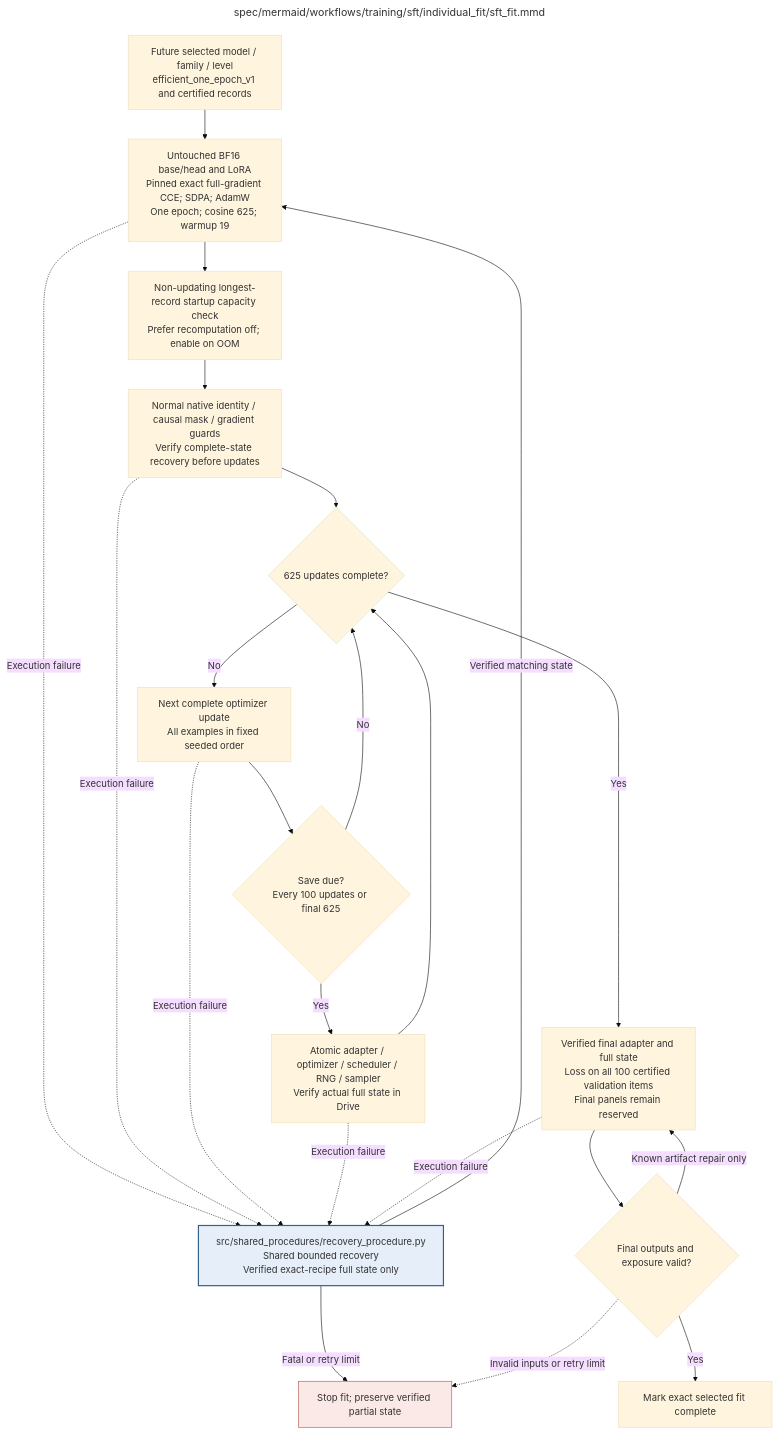
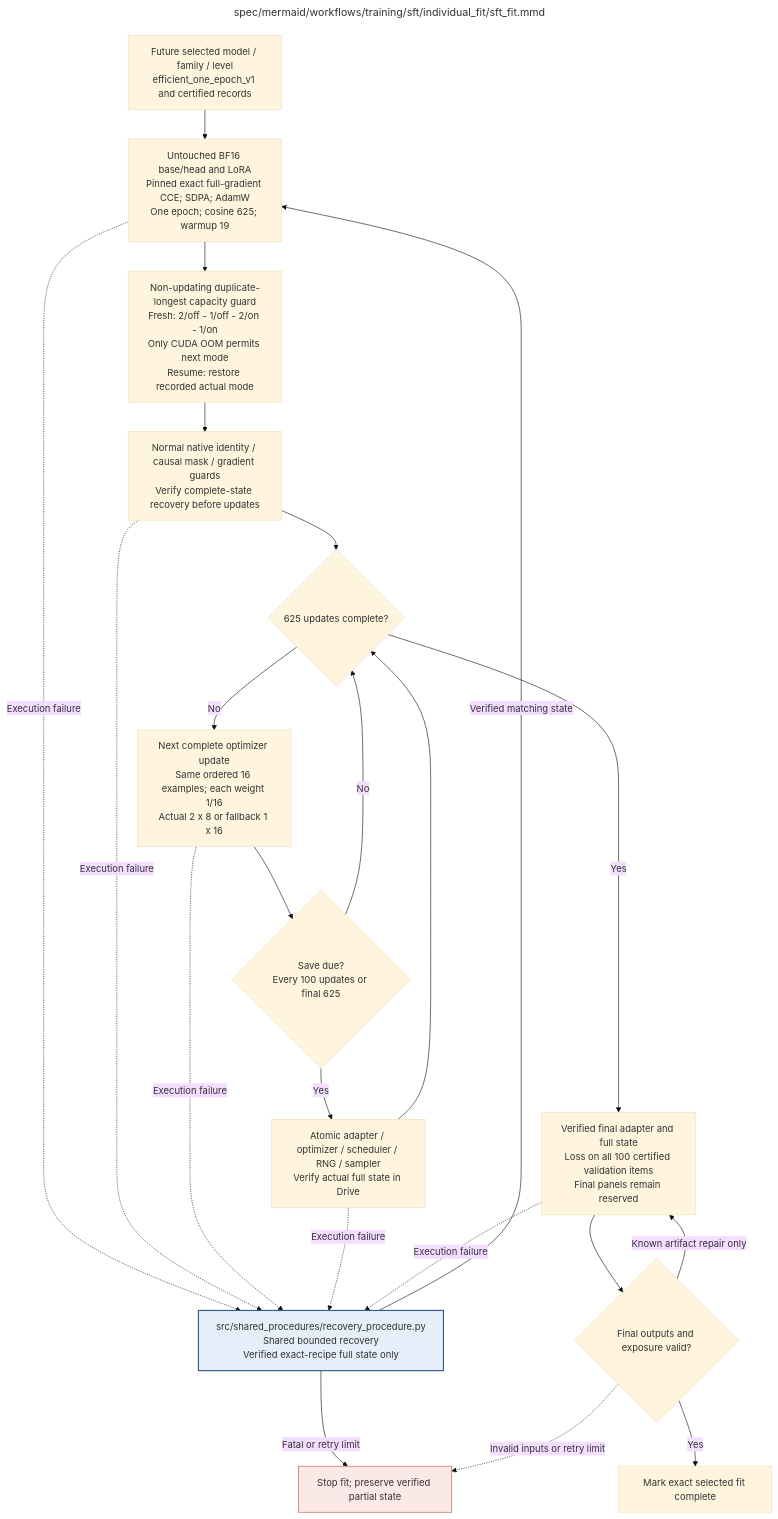
The diagram in docs/modules/training/sft/individual_fit/sft_fit.md (AJUNNYC/inducing_persistent_textual_chain_of_thought_illegibility), drawn with Mermaid (base theme) before and after one commit. The commit also changed other lines of this file and 26 other files, not shown here.

````diff
--- a/docs/modules/training/sft/individual_fit/sft_fit.md
+++ b/docs/modules/training/sft/individual_fit/sft_fit.md
@@ -126,56 +126,59 @@
 ```mermaid
 ---
 title: "spec/mermaid/workflows/training/sft/individual_fit/sft_fit.mmd"
 ---
 flowchart TD
 %% efficient_one_epoch_v1: BF16 unquantized base/head, full-gradient direct CCE, SDPA, AdamW.
 %% CCE pinned upstream; filter_eps=None, filter_e_grad=False, filter_c_grad=False.
 %% FP32 loss and hidden-gradient accumulation; no gradient pruning or Qwen patch.
 %% No materialized full token-by-vocabulary logits; no equivalence to historical FP32 head promised.
-%% All 10,000 examples once; 625 updates and 19 warmup; micro 1 / accumulation 16 / effective 16.
+%% All 10,000 examples once; 625 updates and 19 warmup; request micro 2 / accumulation 8 / effective 16.
+%% Capacity fallback micro 1 / accumulation 16; same ordered 16 examples/update, per-example weight 1/16.
+%% Execution grouping, padding, dropout draws and rounding differ; no measured batching speedup.
 %% Completion-only per-example means; full 4096 eligibility without truncation; seed 42.
 %% LoRA 8 / 16 / .05, all seven projections, LR 2e-4, zero decay, max norm .3.
 %% Checkpoints every 100 updates and final 625; actual Drive verification before retention/completion.
 %% Normal native startup guards unrun; no optimization campaign, no selected job, all training PAUSED.
-%% Prefer checkpointing off; a non-updating longest-record capacity probe may enable recomputation on OOM.
-%% Exact-fit recovery restores the recorded policy; old NF4 states cannot be relabelled.
+%% Fresh non-updating duplicate-longest capacity guard: 2/off, 1/off, 2/on, 1/on; CUDA-OOM-only fallback.
+%% Exact-fit recovery restores recorded actual batch/accumulation/recomputation, never changes it.
+%% Policy v2 has a distinct execution identity; old NF4 or prior-policy states cannot be relabelled.
 %% Child: RECOVER => ../../../shared_procedures/recovery_procedure.mmd
     INPUT["Future selected model / family / level<br/>efficient_one_epoch_v1 and certified records"]
     SETUP["Untouched BF16 base/head and LoRA<br/>Pinned exact full-gradient CCE; SDPA; AdamW<br/>One epoch; cosine 625; warmup 19"]
-    CAPACITY["Non-updating longest-record startup capacity check<br/>Prefer recomputation off; enable on OOM"]
+    CAPACITY["Non-updating duplicate-longest capacity guard<br/>Fresh: 2/off - 1/off - 2/on - 1/on<br/>Only CUDA OOM permits next mode<br/>Resume: restore recorded actual mode"]
     GUARDS["Normal native identity / causal mask / gradient guards<br/>Verify complete-state recovery before updates"]
     DONE{"625 updates complete?"}
-    STEP["Next complete optimizer update<br/>All examples in fixed seeded order"]
+    STEP["Next complete optimizer update<br/>Same ordered 16 examples; each weight 1/16<br/>Actual 2 x 8 or fallback 1 x 16"]
     DUE{"Save due?<br/>Every 100 updates or final 625"}
     SAVE["Atomic adapter / optimizer / scheduler / RNG / sampler<br/>Verify actual full state in Drive"]
     FINAL["Verified final adapter and full state<br/>Loss on all 100 certified validation items<br/>Final panels remain reserved"]
     AUDIT{"Final outputs and exposure valid?"}
     OUT["Mark exact selected fit complete"]
     RECOVER["src/shared_procedures/recovery_procedure.py<br/>Shared bounded recovery<br/>Verified exact-recipe full state only"]
     STOP["Stop fit; preserve verified partial state"]
     INPUT --> SETUP --> CAPACITY --> GUARDS --> DONE
     DONE -->|No| STEP --> DUE
     DUE -->|Yes| SAVE --> DONE
     DUE -->|No| DONE
     DONE -->|Yes| FINAL --> AUDIT
     AUDIT -->|Yes| OUT
     AUDIT -->|Known artifact repair only| FINAL
     SETUP -.->|Execution failure| RECOVER
     GUARDS -.->|Execution failure| RECOVER
     STEP -.->|Execution failure| RECOVER
     SAVE -.->|Execution failure| RECOVER
     FINAL -.->|Execution failure| RECOVER
     RECOVER -->|Verified matching state| SETUP
     RECOVER -->|Fatal or retry limit| STOP
     AUDIT -.->|Invalid inputs or retry limit| STOP
     classDef detail fill:#e5eef9,stroke:#365f8a,stroke-width:2px
     class RECOVER detail
     classDef stop fill:#fbe9e7,stroke:#b45448
     class STOP stop
 
 %% Repository module: src/training/sft/individual_fit/sft_fit.py
 %% Module documentation: docs/modules/training/sft/individual_fit/sft_fit.md
 %% Unit test: tests/unit/training/sft/individual_fit/test_sft_fit.py
 %% Owner: sft
 %% Source sections: C.2.2-C.2.4; E.1.3; E.2.4,E.2.6; H.9; authorized efficient redesign
 ```
````
